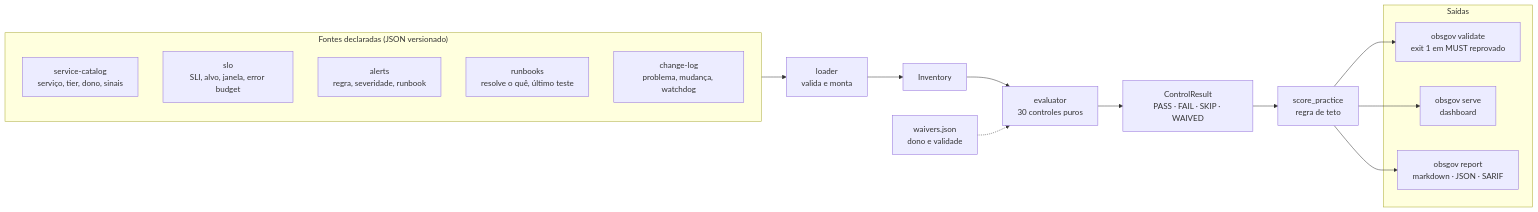
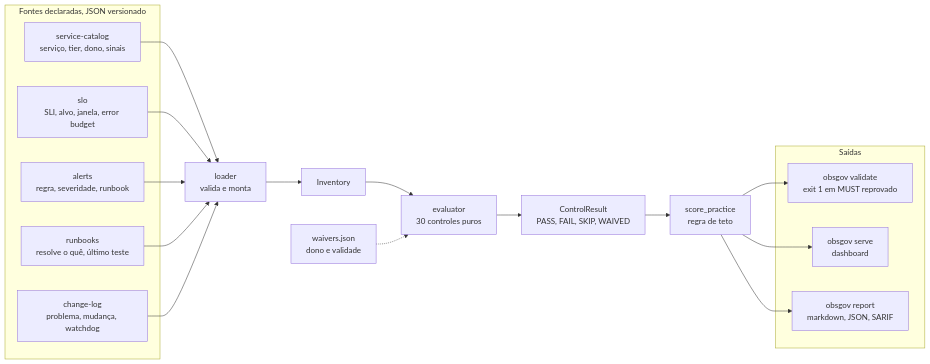
Before and after one commit to JulianoVinceCampos/observability-governance-lab: the first of 2 diagrams in README.md, drawn with Mermaid. The commit also changed other lines of this file and 1 other file, not shown here.

````diff
--- a/README.md
+++ b/README.md
@@ -102,27 +102,37 @@
 ```mermaid
 flowchart LR
-    subgraph fontes["Fontes declaradas (JSON versionado)"]
+    subgraph fontes["Fontes declaradas, JSON versionado"]
         SC["service-catalog<br/>serviço, tier, dono, sinais"]
         SLO["slo<br/>SLI, alvo, janela, error budget"]
         ALR["alerts<br/>regra, severidade, runbook"]
         RB["runbooks<br/>resolve o quê, último teste"]
         CL["change-log<br/>problema, mudança, watchdog"]
     end
 
+    WAIV["waivers.json<br/>dono e validade"]
     LOAD["loader<br/>valida e monta"]
     INV["Inventory"]
     EVAL["evaluator<br/>30 controles puros"]
-    RES["ControlResult<br/>PASS · FAIL · SKIP · WAIVED"]
+    RES["ControlResult<br/>PASS, FAIL, SKIP, WAIVED"]
     SCORE["score_practice<br/>regra de teto"]
 
     subgraph saidas["Saídas"]
         GATE["obsgov validate<br/>exit 1 em MUST reprovado"]
         WEB["obsgov serve<br/>dashboard"]
-        REP["obsgov report<br/>markdown · JSON · SARIF"]
+        REP["obsgov report<br/>markdown, JSON, SARIF"]
     end
 
-    fontes --> LOAD --> INV --> EVAL --> RES --> SCORE
-    SCORE --> GATE & WEB & REP
-
-    WAIV["waivers.json<br/>dono e validade"] -.-> EVAL
+    SC --> LOAD
+    SLO --> LOAD
+    ALR --> LOAD
+    RB --> LOAD
+    CL --> LOAD
+    LOAD --> INV
+    INV --> EVAL
+    WAIV -.-> EVAL
+    EVAL --> RES
+    RES --> SCORE
+    SCORE --> GATE
+    SCORE --> WEB
+    SCORE --> REP
 ```
````
